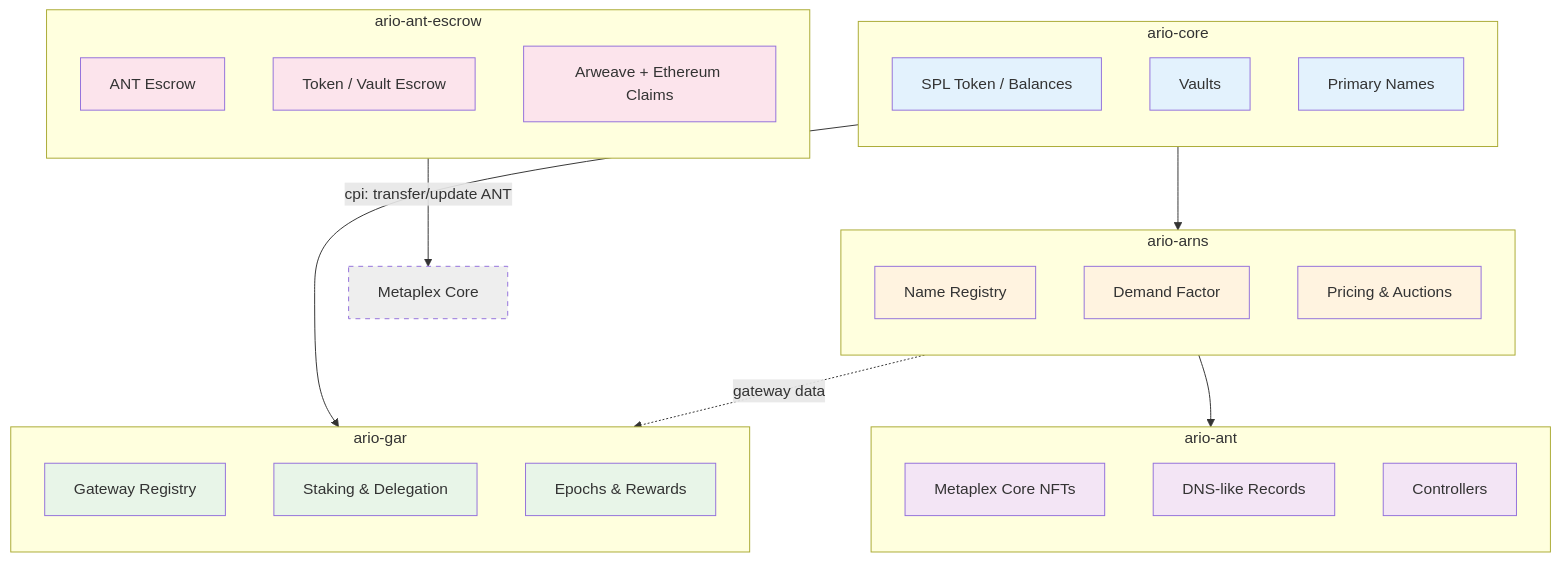
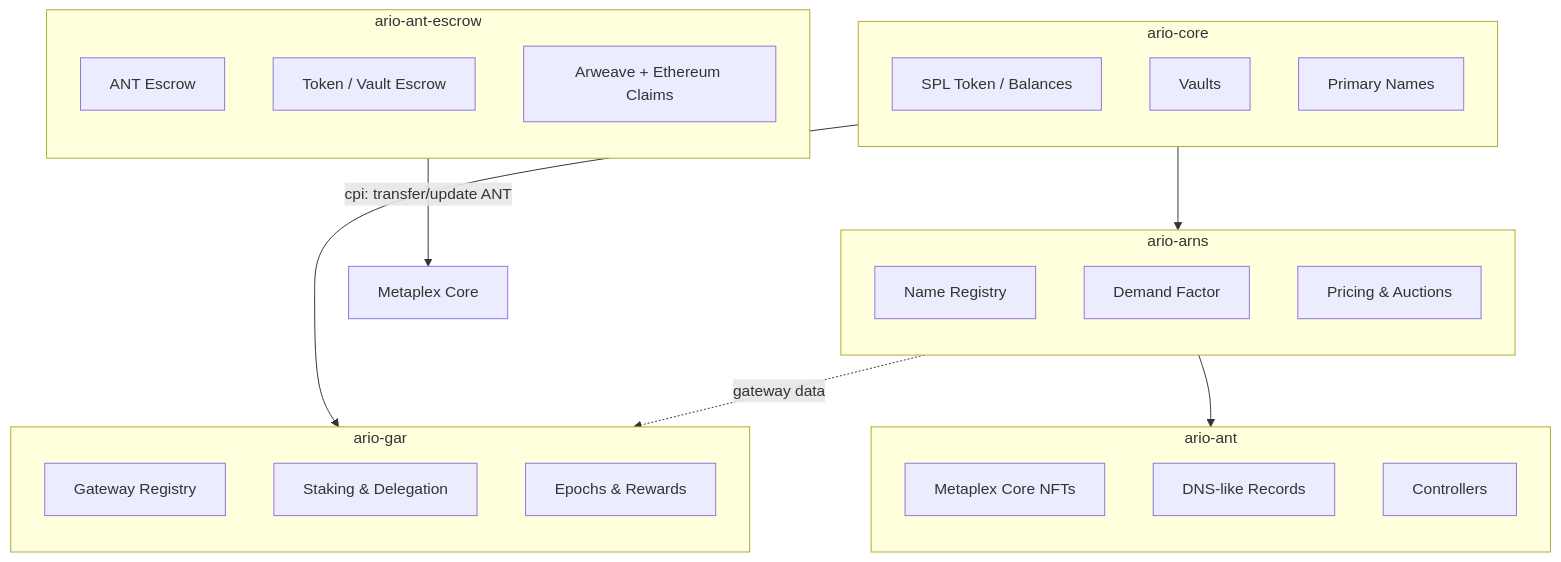
Before and after one commit to ar-io/docs: the diagram in content/learn/(introduction)/protocol-architecture.mdx, drawn with Mermaid. The commit also changed 9 other files, not shown here.

First line of the commit message:
feat(docs): legible, on-brand diagrams

````diff
--- a/content/learn/(introduction)/protocol-architecture.mdx
+++ b/content/learn/(introduction)/protocol-architecture.mdx
@@ -12,58 +12,53 @@
 ```mermaid
 graph TD
 
     subgraph CORE["ario-core"]
         direction TB
         BAL[SPL Token / Balances]
         VAULTS[Vaults]
         PRIMARY[Primary Names]
     end
 
     subgraph GAR["ario-gar"]
         direction TB
         GW_REG[Gateway Registry]
         STAKING[Staking & Delegation]
         EPOCHS[Epochs & Rewards]
     end
 
     subgraph ARNS["ario-arns"]
         direction TB
         NAME_REG[Name Registry]
         DEMAND[Demand Factor]
         PRICING[Pricing & Auctions]
     end
 
     subgraph ANT["ario-ant"]
         direction TB
         NFT[Metaplex Core NFTs]
         RECORDS[DNS-like Records]
         CTRL[Controllers]
     end
 
     subgraph ESCROW["ario-ant-escrow"]
         direction TB
         ANT_ESC[ANT Escrow]
         TOKEN_ESC[Token / Vault Escrow]
         CLAIMS[Arweave + Ethereum Claims]
     end
 
     CORE --> GAR
     CORE --> ARNS
     ARNS --> ANT
     ARNS -.->|gateway data| GAR
     ESCROW -->|cpi: transfer/update ANT| MPL[Metaplex Core]
 
-    classDef coreProgram fill:#e3f2fd
-    classDef garProgram fill:#e8f5e8
-    classDef arnsProgram fill:#fff3e0
-    classDef antProgram fill:#f3e5f5
-    classDef escrowProgram fill:#fce4ec
-    classDef externalProgram fill:#eeeeee,stroke-dasharray: 5 5
 
-    class BAL,VAULTS,PRIMARY coreProgram
-    class GW_REG,STAKING,EPOCHS garProgram
-    class NAME_REG,DEMAND,PRICING arnsProgram
-    class NFT,RECORDS,CTRL antProgram
-    class ANT_ESC,TOKEN_ESC,CLAIMS escrowProgram
-    class MPL externalProgram
+    class BAL,VAULTS,PRIMARY dg-soft
+    class GW_REG,STAKING,EPOCHS dg-soft
+    class NAME_REG,DEMAND,PRICING dg-soft
+    class NFT,RECORDS,CTRL dg-soft
+    class ANT_ESC,TOKEN_ESC,CLAIMS dg-soft
+    class MPL dg-muted
+    class MPL dg-dashed
 ```
````
